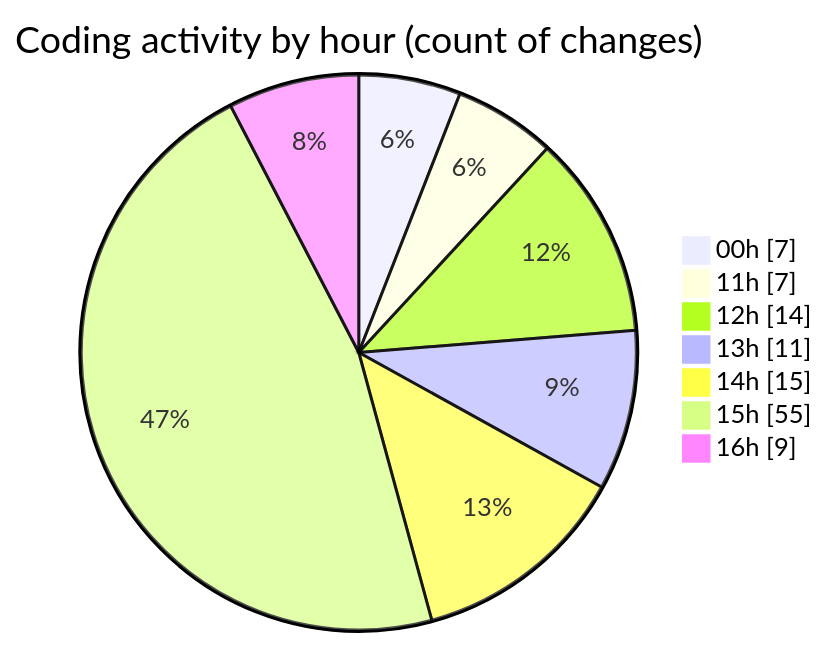
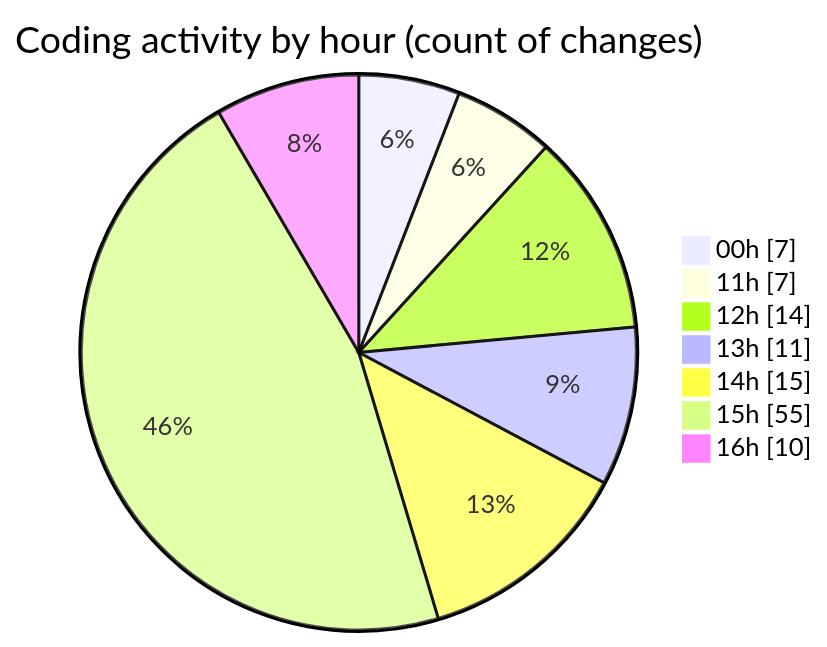
The second of 2 diagrams in 2025-10-08/eventscop-frontend-guide__workspace_/README.md (julien-gomy/code-tracking), drawn with Mermaid before and after one commit. The commit also changed other lines of this file and 1 other file, not shown here.

````diff
--- a/2025-10-08/eventscop-frontend-guide__workspace_/README.md
+++ b/2025-10-08/eventscop-frontend-guide__workspace_/README.md
@@ -49,11 +49,11 @@
 ```mermaid
 pie showData
 title Coding activity by hour (count of changes)
 "00h" : 7
 "11h" : 7
 "12h" : 14
 "13h" : 11
 "14h" : 15
 "15h" : 55
-"16h" : 9
+"16h" : 10
 ```
````
